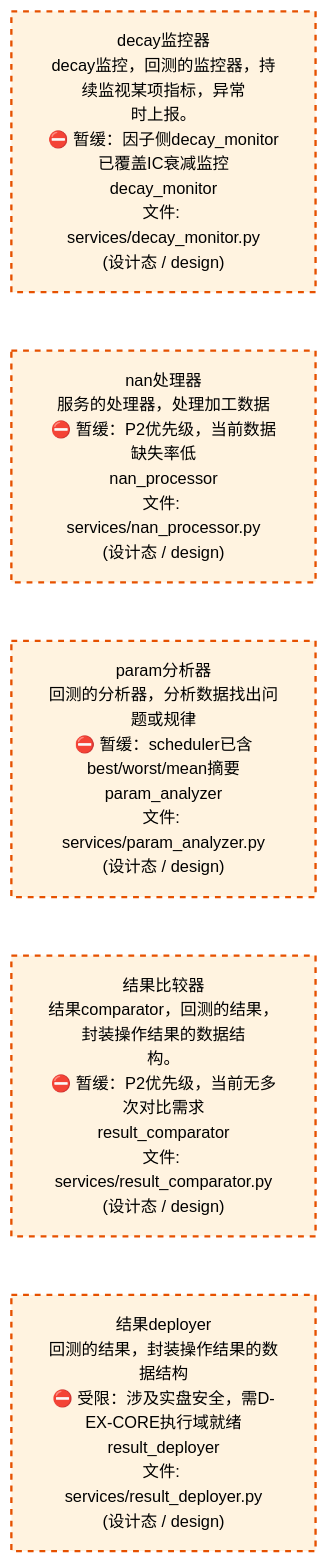
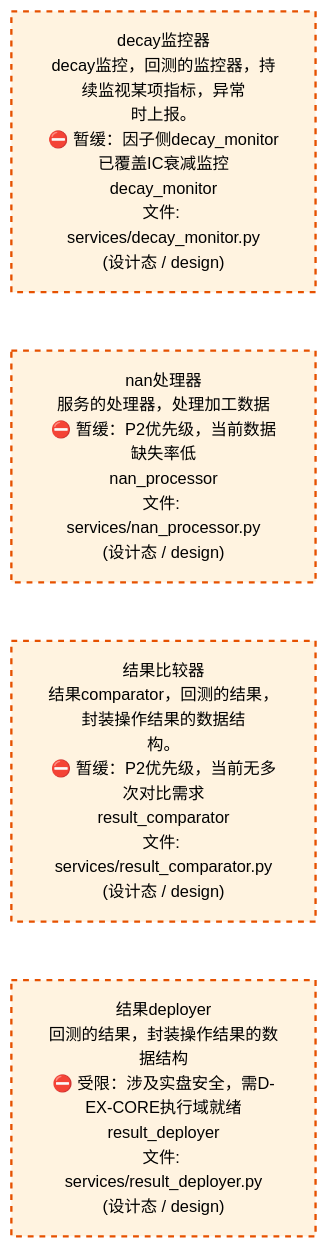
Before and after one commit to xuanFelixVan/ZephyrAlpha: the third of 4 diagrams in docs/02_enterprise_architecture/02_domain_architecture_docs/35_d_backtest.md, drawn with Mermaid. The commit also changed other lines of this file and 44 other files, not shown here.

````diff
--- a/docs/02_enterprise_architecture/02_domain_architecture_docs/35_d_backtest.md
+++ b/docs/02_enterprise_architecture/02_domain_architecture_docs/35_d_backtest.md
@@ -280,18 +294,16 @@
 ```mermaid
 %%{init: {'theme': 'base', 'themeVariables': {'primaryColor': '#eaeaea', 'primaryTextColor': '#333333', 'primaryBorderColor': '#666666', 'lineColor': '#666666', 'secondaryColor': '#eaeaea', 'tertiaryColor': '#eaeaea', 'fontSize': '14px'}}}%%
 flowchart TD
     src_zephyr_backtest_services_decay_monitor_py["decay监控器<br/>decay监控，回测的监控器，持续监视某项指标，异常<br/>时上报。<br/>⛔ 暂缓：因子侧decay_monitor已覆盖IC衰减监控<br/>decay_monitor<br/>文件: services/decay_monitor.py<br/>(设计态 / design)"]
     src_zephyr_backtest_services_nan_processor_py["nan处理器<br/>服务的处理器，处理加工数据<br/>⛔ 暂缓：P2优先级，当前数据缺失率低<br/>nan_processor<br/>文件: services/nan_processor.py<br/>(设计态 / design)"]
-    src_zephyr_backtest_services_param_analyzer_py["param分析器<br/>回测的分析器，分析数据找出问题或规律<br/>⛔ 暂缓：scheduler已含best/worst/mean摘要<br/>param_analyzer<br/>文件: services/param_analyzer.py<br/>(设计态 / design)"]
     src_zephyr_backtest_services_result_comparator_py["结果比较器<br/>结果comparator，回测的结果，封装操作结果的数据结<br/>构。<br/>⛔ 暂缓：P2优先级，当前无多次对比需求<br/>result_comparator<br/>文件: services/result_comparator.py<br/>(设计态 / design)"]
     src_zephyr_backtest_services_result_deployer_py["结果deployer<br/>回测的结果，封装操作结果的数据结构<br/>⛔ 受限：涉及实盘安全，需D-EX-CORE执行域就绪<br/>result_deployer<br/>文件: services/result_deployer.py<br/>(设计态 / design)"]
     src_zephyr_backtest_services_decay_monitor_py ~~~ src_zephyr_backtest_services_nan_processor_py
-    src_zephyr_backtest_services_nan_processor_py ~~~ src_zephyr_backtest_services_param_analyzer_py
-    src_zephyr_backtest_services_param_analyzer_py ~~~ src_zephyr_backtest_services_result_comparator_py
+    src_zephyr_backtest_services_nan_processor_py ~~~ src_zephyr_backtest_services_result_comparator_py
     src_zephyr_backtest_services_result_comparator_py ~~~ src_zephyr_backtest_services_result_deployer_py
     classDef production fill:#e1f5fe,stroke:#01579b,stroke-width:2px,color:#000
     classDef design fill:#fff3e0,stroke:#e65100,stroke-width:2px,color:#000,stroke-dasharray: 5 5
     classDef external_prod fill:#e8f4fd,stroke:#0277bd,stroke-width:1px,color:#000
     classDef external_design fill:#fff8e7,stroke:#ef6c00,stroke-width:1px,color:#000,stroke-dasharray: 5 5
-    class src_zephyr_backtest_services_decay_monitor_py,src_zephyr_backtest_services_nan_processor_py,src_zephyr_backtest_services_param_analyzer_py,src_zephyr_backtest_services_result_comparator_py,src_zephyr_backtest_services_result_deployer_py design
+    class src_zephyr_backtest_services_decay_monitor_py,src_zephyr_backtest_services_nan_processor_py,src_zephyr_backtest_services_result_comparator_py,src_zephyr_backtest_services_result_deployer_py design
 ```
````
